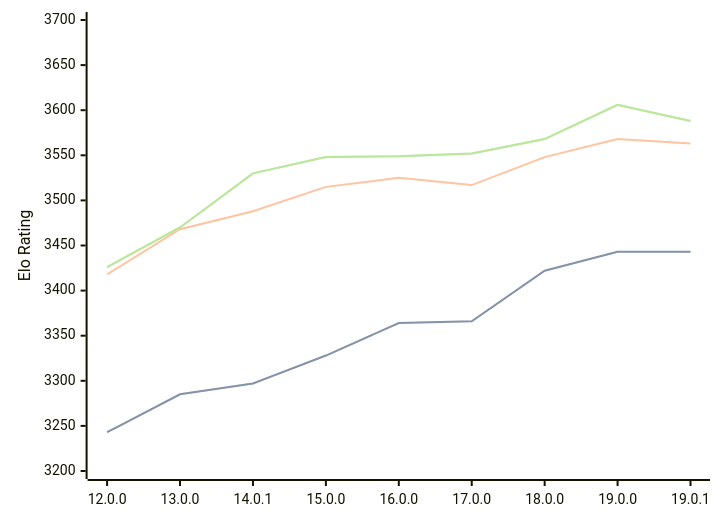
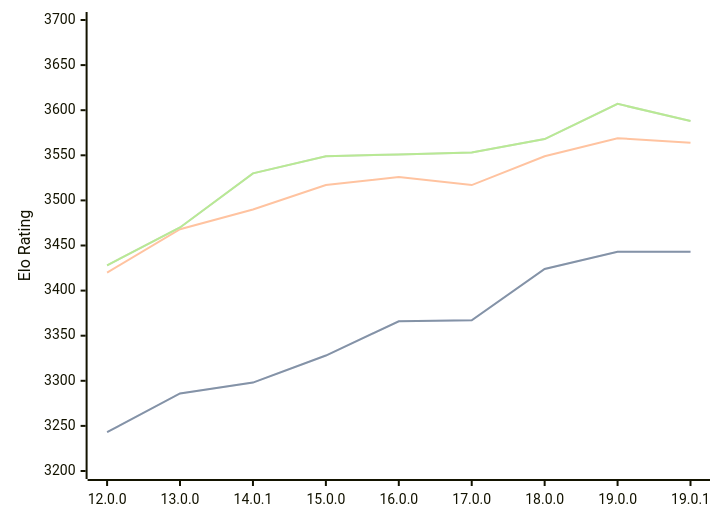
One commit to computer-chess-index/cci changed the diagram in engines/Viridithas.md. Above: the diagram before and after it, drawn with Mermaid. The commit also changed other lines of this file, not shown here.

Commit message:
Update CCI Ratings (ELO VLTC) - 2026-04-27

````diff
--- a/engines/Viridithas.md
+++ b/engines/Viridithas.md
@@ -63,11 +63,11 @@
 ```mermaid
 %%{init: {"theme":"base","themeVariables":{"seriesColors:['#a3a3a3','#222221','#faa371']}}}%%
 xychart-beta
   x-axis ["12.0.0", "13.0.0", "14.0.1", "15.0.0", "16.0.0", "17.0.0", "18.0.0", "19.0.0", "19.0.1"]
   y-axis "Elo Rating" 3200 --> 3700
-  line "STC (8.0+0.08s)" [3243, 3285, 3297, 3328, 3364, 3366, 3422, 3443, 3443]
-  line "STC (8.0+0.08s)" [3243, 3285, 3297, 3328, 3364, 3366, 3422, 3443, 3443]
-  line "LTC (60.0+0.60s)" [3418, 3468, 3488, 3515, 3525, 3517, 3548, 3568, 3563]
-  line "VLTC (2m24s+1.12s)" [3426, 3470, 3530, 3548, 3549, 3552, 3568, 3606, 3588]
-  line "VLTC (2m24s+1.12s)" [3426, 3470, 3530, 3548, 3549, 3552, 3568, 3606, 3588]
+  line "STC (8.0+0.08s)" [3243, 3286, 3298, 3328, 3366, 3367, 3424, 3443, 3443]
+  line "STC (8.0+0.08s)" [3243, 3286, 3298, 3328, 3366, 3367, 3424, 3443, 3443]
+  line "LTC (60.0+0.60s)" [3420, 3468, 3490, 3517, 3526, 3517, 3549, 3569, 3564]
+  line "VLTC (2m24s+1.12s)" [3428, 3470, 3530, 3549, 3551, 3553, 3568, 3607, 3588]
+  line "VLTC (2m24s+1.12s)" [3428, 3470, 3530, 3549, 3551, 3553, 3568, 3607, 3588]
 ```
````
